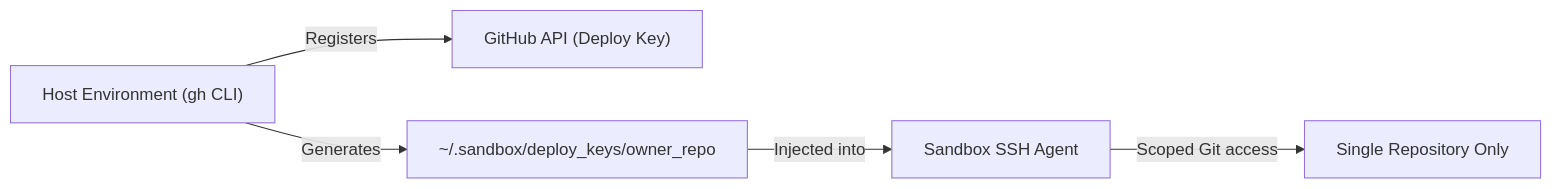
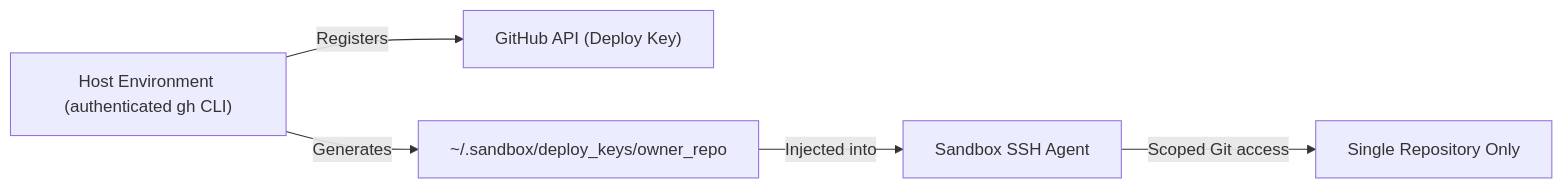
The diagram in docs/security.md (sarielhp/bws), drawn with Mermaid before and after one commit. The commit also changed 5 other files, not shown here.

````diff
--- a/docs/security.md
+++ b/docs/security.md
@@ -63,7 +63,7 @@
 ```mermaid
 flowchart LR
-    Host["Host Environment (gh CLI)"] -- Registers --> GitHub["GitHub API (Deploy Key)"]
+    Host["Host Environment (authenticated gh CLI)"] -- Registers --> GitHub["GitHub API (Deploy Key)"]
     Host -- Generates --> Key["~/.sandbox/deploy_keys/owner_repo"]
     Key -- Injected into --> Agent["Sandbox SSH Agent"]
     Agent -- Scoped Git access --> Repo["Single Repository Only"]
 ```
````
